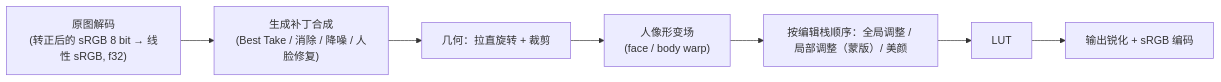
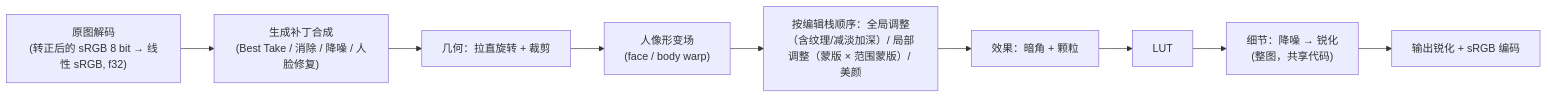
The fourth of 4 diagrams in docs/02-架构设计.md (harveyxiacn/imagePicker), drawn with Mermaid before and after one commit. The commit also changed other lines of this file and 34 other files, not shown here.

````diff
--- a/docs/02-架构设计.md
+++ b/docs/02-架构设计.md
@@ -197,9 +197,11 @@
 ```mermaid
 flowchart LR
     SRC["原图解码<br/>(转正后的 sRGB 8 bit → 线性 sRGB, f32)"] --> PATCH["生成补丁合成<br/>(Best Take / 消除 / 降噪 / 人脸修复)"]
     PATCH --> GEO["几何：拉直旋转 + 裁剪"]
     GEO --> WARP["人像形变场<br/>(face / body warp)"]
-    WARP --> OPS["按编辑栈顺序：全局调整 / 局部调整（蒙版）/ 美颜"]
-    OPS --> LUT["LUT"]
-    LUT --> OUT["输出锐化 + sRGB 编码"]
+    WARP --> OPS["按编辑栈顺序：全局调整（含纹理/减淡加深）/ 局部调整（蒙版 × 范围蒙版）/ 美颜"]
+    OPS --> FX["效果：暗角 + 颗粒"]
+    FX --> LUT["LUT"]
+    LUT --> DETAIL["细节：降噪 → 锐化<br/>(整图，共享代码)"]
+    DETAIL --> OUT["输出锐化 + sRGB 编码"]
 ```
````
